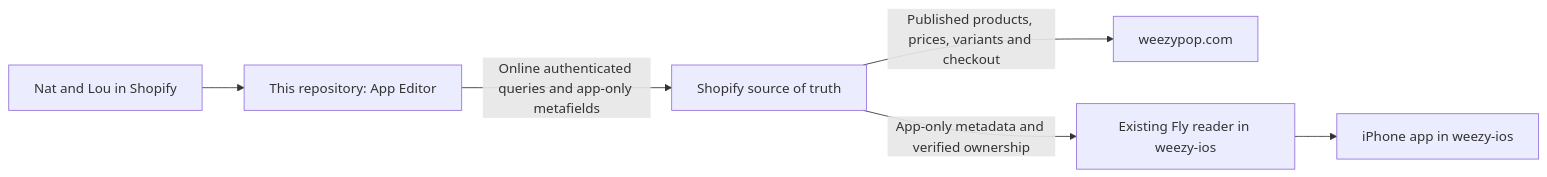
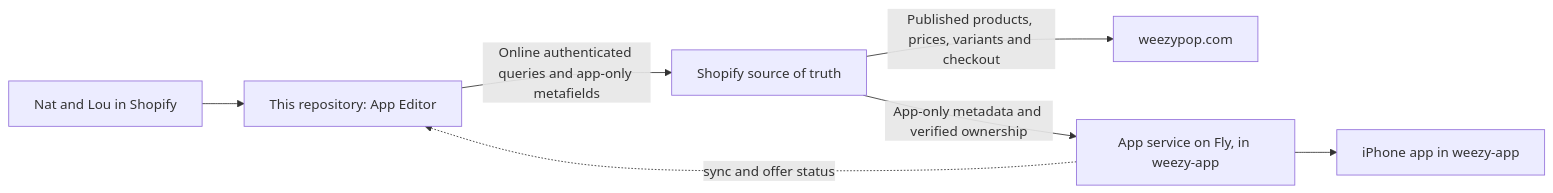
The diagram in README.md (pete001/weezy-shopify-admin), drawn with Mermaid before and after one commit. The commit also changed other lines of this file and 9 other files, not shown here.

First line of the commit message:
Stand alone: drop the weezy-ios dependency

````diff
--- a/README.md
+++ b/README.md
@@ -39,8 +39,9 @@
 ```mermaid
 flowchart LR
     STAFF[Nat and Lou in Shopify] --> EDITOR[This repository: App Editor]
     EDITOR -->|Online authenticated queries and app-only metafields| SHOPIFY[Shopify source of truth]
     SHOPIFY -->|Published products, prices, variants and checkout| WEB[weezypop.com]
-    SHOPIFY -->|App-only metadata and verified ownership| SERVICE[Existing Fly reader in weezy-ios]
-    SERVICE --> IOS[iPhone app in weezy-ios]
+    SHOPIFY -->|App-only metadata and verified ownership| SERVICE[App service on Fly, in weezy-app]
+    SERVICE --> IOS[iPhone app in weezy-app]
+    SERVICE -.->|sync and offer status| EDITOR
 ```
````
